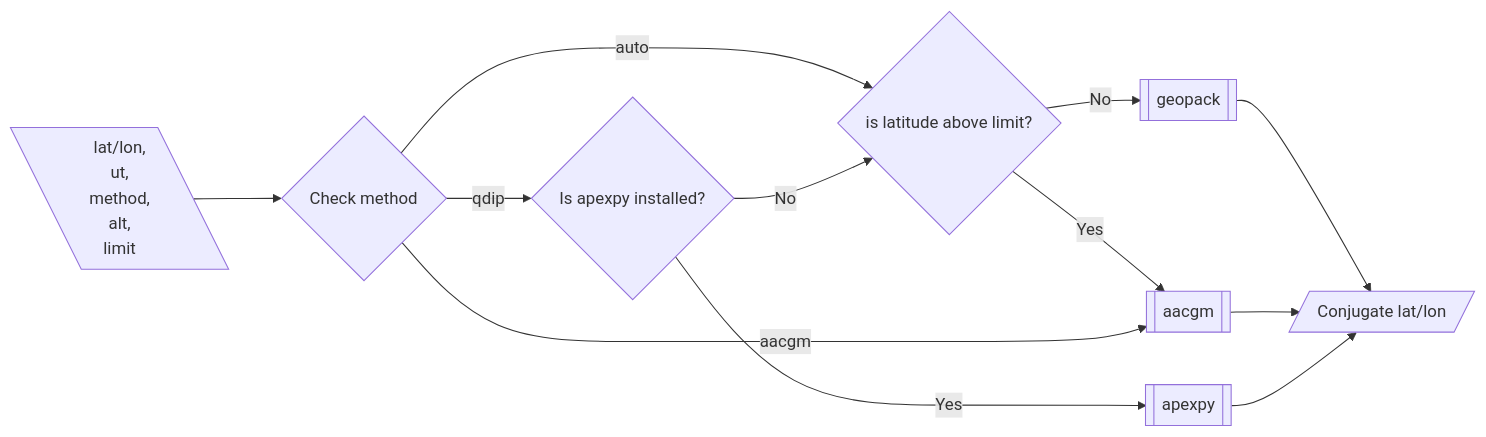
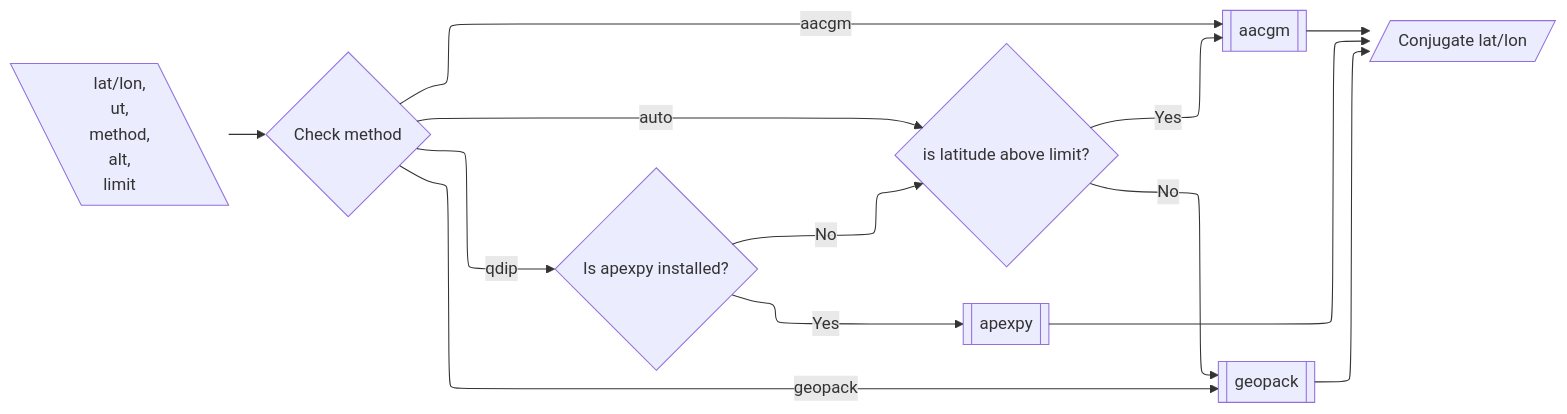
The second of 4 diagrams in docs/architecture.md (KCollins/conjugate_map), drawn with Mermaid before and after one commit.

Commit message:
Update architecture.md
added geopack in

````diff
--- a/docs/architecture.md
+++ b/docs/architecture.md
@@ -36,20 +36,25 @@
 ```mermaid
+---
+config:
+  layout: elk
+---
 graph LR
     Start@{ shape: lean-l, label: "lat/lon,
     ut,
     method,
     alt,
     limit" }
     Start --> CheckMethod{Check method};
     CheckMethod -- auto --> autoq{"is latitude above limit?"};
     autoq-->|Yes| aacgm[[aacgm]]
     autoq-->|No| geopack[[geopack]]
     CheckMethod -- qdip --> qdipq{"Is apexpy installed?"};
     qdipq-->|Yes| apexpy[[apexpy]]
     qdipq-->|No| autoq
     CheckMethod -- aacgm --> aacgm;
     geopack --> output@{ shape: lean-r, label: "Conjugate lat/lon"}
+    CheckMethod -- geopack --> geopack;
     aacgm --> output
     apexpy --> output
 
 ```
````
